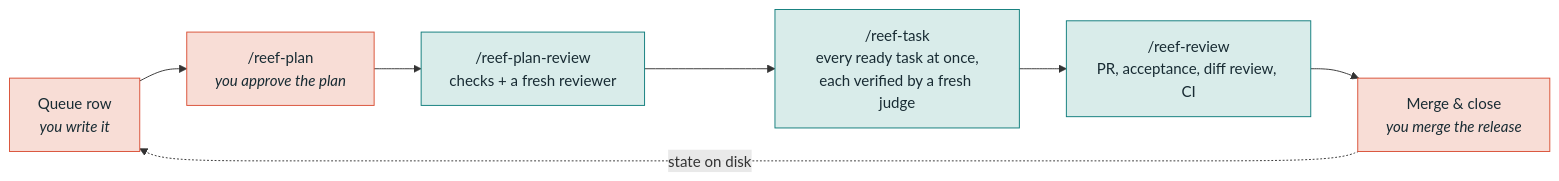
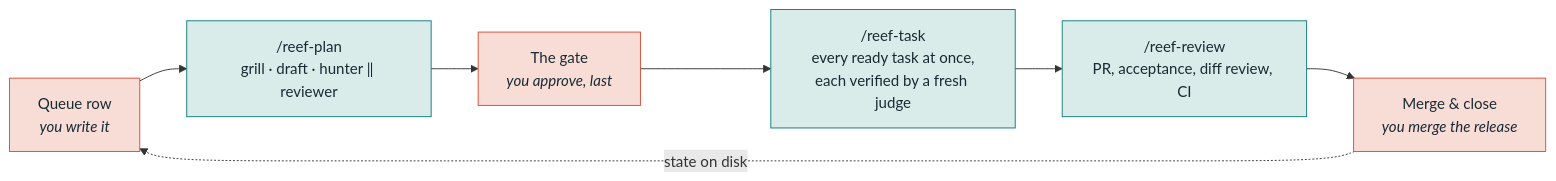
One commit to MahmoudMoe/reef changed the diagram in README.md. Above: the diagram before and after it, drawn with Mermaid. The commit also changed other lines of this file and 13 other files, not shown here.

````diff
--- a/README.md
+++ b/README.md
@@ -76,13 +76,13 @@
 ```mermaid
 flowchart LR
-    Q["Queue row<br/><i>you write it</i>"] --> P["/reef-plan<br/><i>you approve the plan</i>"]
-    P --> R["/reef-plan-review<br/>checks + a fresh reviewer"]
+    Q["Queue row<br/><i>you write it</i>"] --> P["/reef-plan<br/>grill · draft · hunter ‖ reviewer"]
+    P --> R["The gate<br/><i>you approve, last</i>"]
     R --> T["/reef-task<br/>every ready task at once,<br/>each verified by a fresh judge"]
     T --> V["/reef-review<br/>PR, acceptance, diff review, CI"]
     V --> M["Merge &amp; close<br/><i>you merge the release</i>"]
     M -.->|"state on disk"| Q
     classDef you fill:#F8DDD6,stroke:#D94F35,color:#182B33
     classDef code fill:#D9ECEA,stroke:#0E7C7B,color:#182B33
-    class Q,P,M you
-    class R,T,V code
+    class Q,R,M you
+    class P,T,V code
 ```
````
